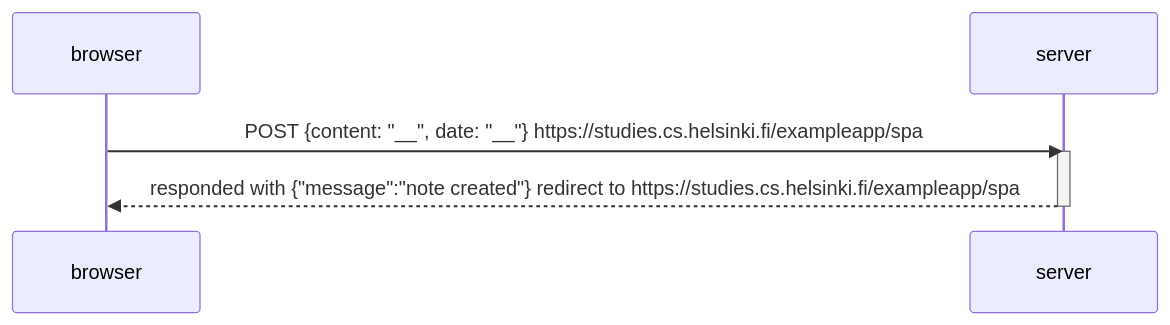
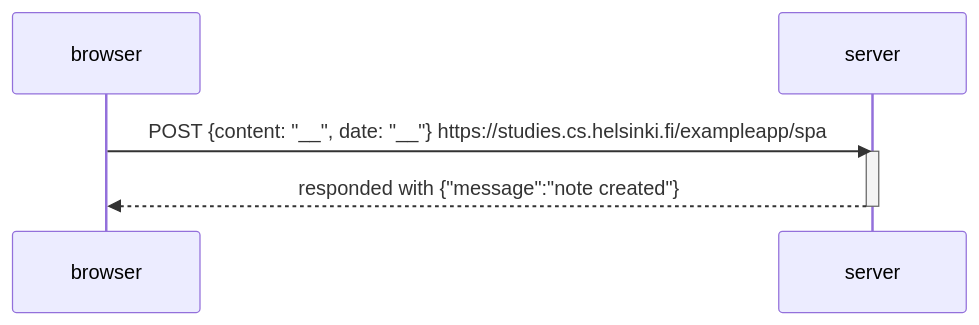
Before and after one commit to MattMunoz/Full-Stack-Helsinki: the diagram in part 0/0_6.md, drawn with Mermaid.

````diff
--- a/part 0/0_6.md
+++ b/part 0/0_6.md
@@ -1,10 +1,10 @@
 ```mermaid
 sequenceDiagram
     participant browser
     participant server
 
     browser->>server: POST {content: "__", date: "__"} https://studies.cs.helsinki.fi/exampleapp/spa
     activate server
-    server-->>browser: responded with {"message":"note created"} redirect to https://studies.cs.helsinki.fi/exampleapp/spa
+    server-->>browser: responded with {"message":"note created"}
     deactivate server
 ```
````
